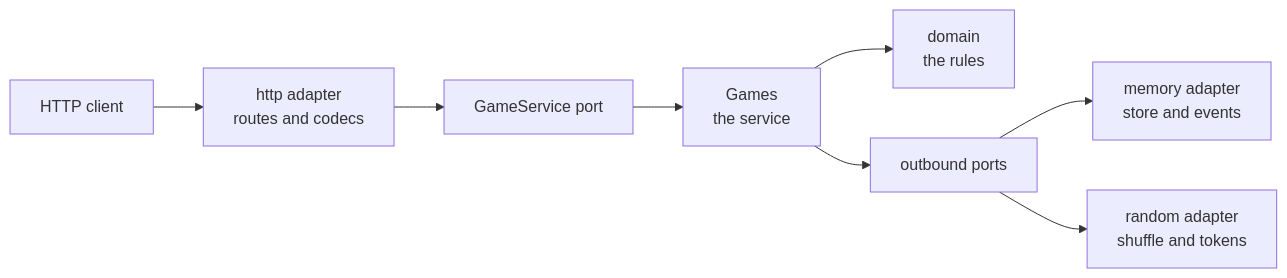
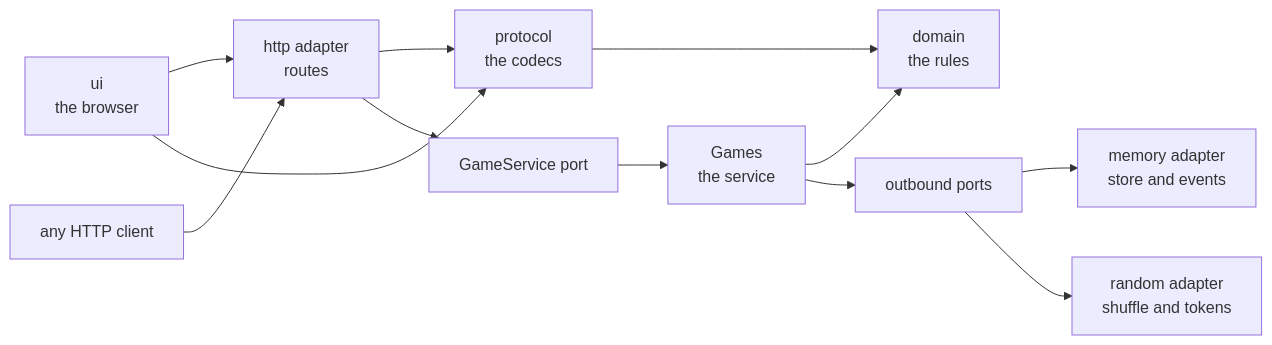
Before and after one commit to wiggly/gin: the first of 2 diagrams in docs/DESIGN.md, drawn with Mermaid. The commit also changed other lines of this file and 5 other files, not shown here.

Commit message:
Write down the browser adapter and check it in the pipeline

````diff
--- a/docs/DESIGN.md
+++ b/docs/DESIGN.md
@@ -25,10 +25,14 @@
 ```mermaid
 flowchart LR
-    HTTP["HTTP client"] --> Routes["http adapter<br/>routes and codecs"]
+    Browser["ui<br/>the browser"] --> Routes
+    HTTP["any HTTP client"] --> Routes["http adapter<br/>routes"]
+    Browser --> Codecs["protocol<br/>the codecs"]
+    Routes --> Codecs
     Routes --> Service["GameService port"]
     Service --> Games["Games<br/>the service"]
     Games --> Domain["domain<br/>the rules"]
+    Codecs --> Domain
     Games --> Out["outbound ports"]
     Out --> Memory["memory adapter<br/>store and events"]
     Out --> Random["random adapter<br/>shuffle and tokens"]
 ```
````
